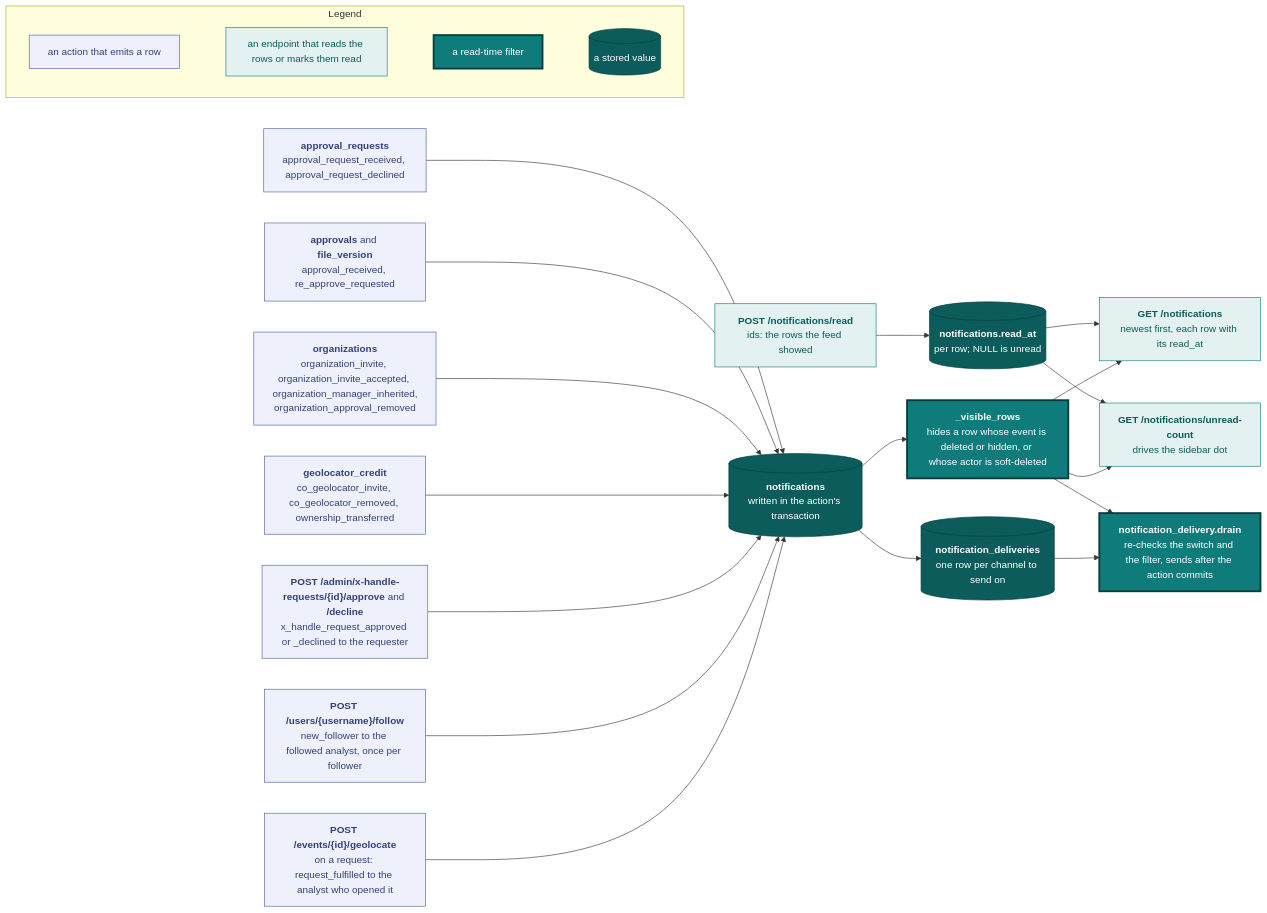
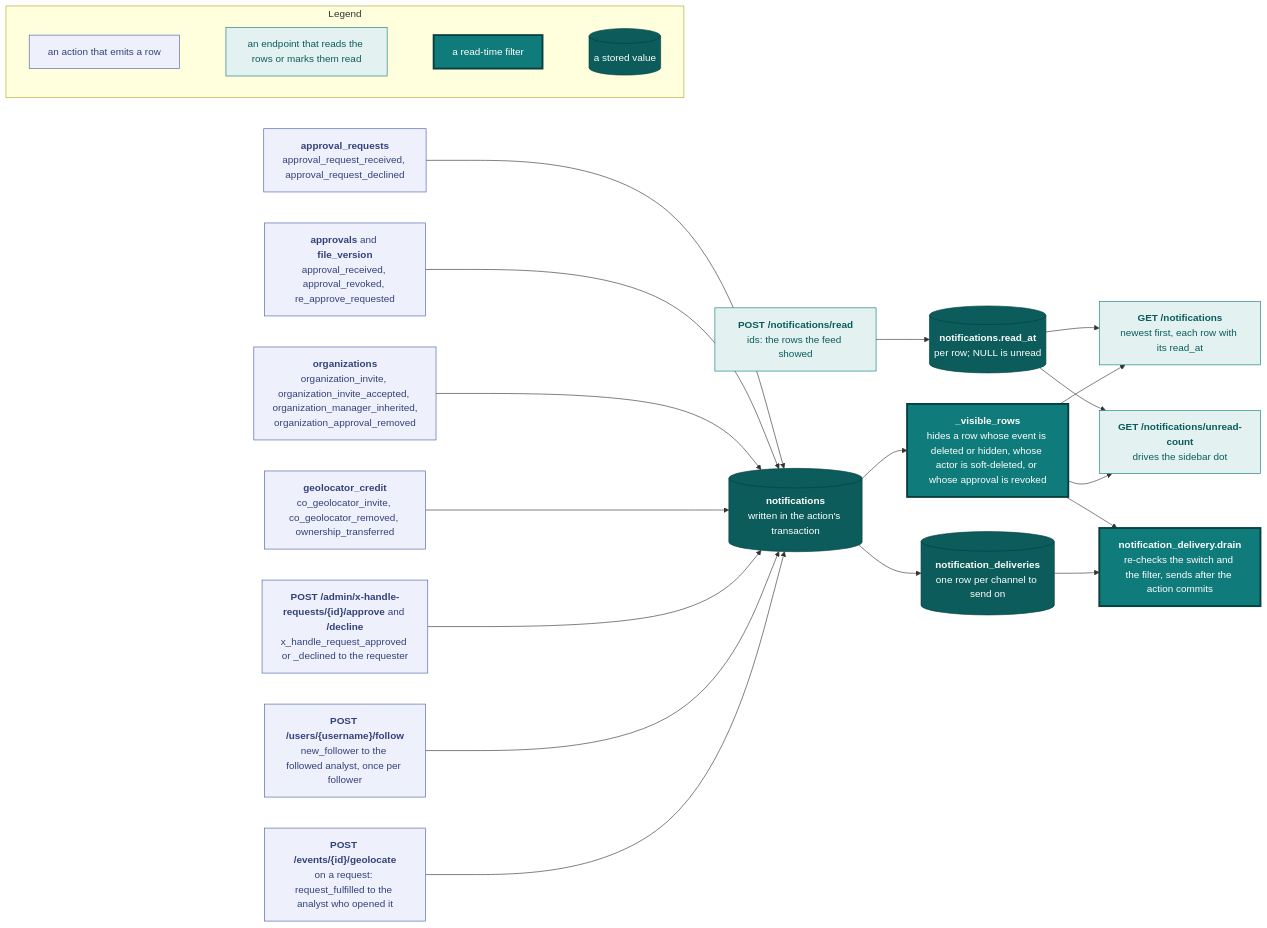
One commit to vidithq/vidit changed the seventh of 8 diagrams in docs/api.md. Above: the diagram before and after it, drawn with Mermaid. The commit also changed other lines of this file and 50 other files, not shown here.

````diff
--- a/docs/api.md
+++ b/docs/api.md
@@ -2542,64 +2546,64 @@
 ```mermaid
 flowchart LR
   classDef spec fill:#eef1fb,stroke:#4a5fa5,color:#33417a
   classDef shared fill:#e3f2f1,stroke:#0f7b7a,color:#0b5c5b
   classDef core fill:#0f7b7a,stroke:#083f3e,stroke-width:3px,color:#ffffff
   classDef store fill:#0b5c5b,stroke:#083f3e,color:#ffffff
 
   subgraph legend [Legend]
     direction LR
     l1["`an action that emits a row`"]:::spec
     l2["`an endpoint that reads the rows or marks them read`"]:::shared
     l3["`a read-time filter`"]:::core
     l4[("`a stored value`")]:::store
     l1 ~~~ l2 ~~~ l3 ~~~ l4
   end
 
   geolocate["`**POST /events/{id}/geolocate**
   on a request: request_fulfilled to the analyst who opened it`"]:::spec
   follow["`**POST /users/{username}/follow**
   new_follower to the followed analyst, once per follower`"]:::spec
   xhandle["`**POST /admin/x-handle-requests/{id}/approve** and **/decline**
   x_handle_request_approved or _declined to the requester`"]:::spec
   credit["`**geolocator_credit**
   co_geolocator_invite, co_geolocator_removed, ownership_transferred`"]:::spec
   orgs["`**organizations**
   organization_invite, organization_invite_accepted, organization_manager_inherited,
   organization_approval_removed`"]:::spec
   approvals["`**approvals** and **file_version**
-  approval_received, re_approve_requested`"]:::spec
+  approval_received, approval_revoked, re_approve_requested`"]:::spec
   reviews["`**approval_requests**
   approval_request_received, approval_request_declined`"]:::spec
   rows[("`**notifications**
   written in the action's transaction`")]:::store
   visible["`**_visible_rows**
-  hides a row whose event is deleted or hidden, or whose actor is soft-deleted`"]:::core
+  hides a row whose event is deleted or hidden, whose actor is soft-deleted, or whose approval is revoked`"]:::core
   feed["`**GET /notifications**
   newest first, each row with its read_at`"]:::shared
   count["`**GET /notifications/unread-count**
   drives the sidebar dot`"]:::shared
   read["`**POST /notifications/read**
   ids: the rows the feed showed`"]:::shared
   readat[("`**notifications.read_at**
   per row; NULL is unread`")]:::store
   queue[("`**notification_deliveries**
   one row per channel to send on`")]:::store
   worker["`**notification_delivery.drain**
   re-checks the switch and the filter, sends after the action commits`"]:::core
 
   geolocate --> rows
   follow --> rows
   xhandle --> rows
   credit --> rows
   orgs --> rows
   approvals --> rows
   reviews --> rows
   rows --> visible
   visible --> feed
   visible --> count
   read --> readat
   readat --> count
   readat --> feed
   rows --> queue --> worker
   visible --> worker
 ```
````
